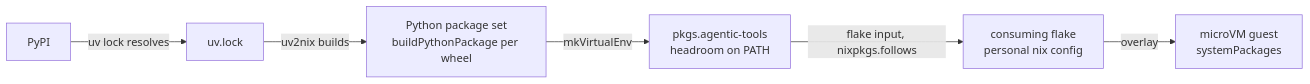
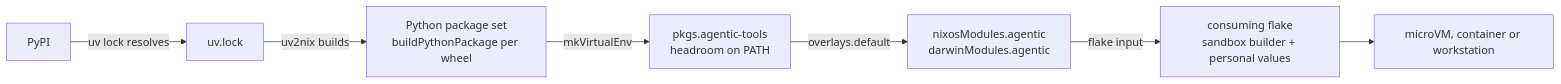
The diagram in docs/overview.md (Teebor-Choka/agent-env), drawn with Mermaid before and after one commit. The commit also changed other lines of this file and 30 other files, not shown here.

First line of the commit message:
feat(modules): own the agentic environment (harness modules, overlay, plugin delivery) (#4)

````diff
--- a/docs/overview.md
+++ b/docs/overview.md
@@ -51,8 +58,9 @@
 ```mermaid
 flowchart LR
     pypi[PyPI] -->|uv lock resolves| lock[uv.lock]
     lock -->|uv2nix builds| pyset[Python package set<br/>buildPythonPackage per wheel]
     pyset -->|mkVirtualEnv| tools[pkgs.agentic-tools<br/>headroom on PATH]
-    tools -->|flake input, nixpkgs.follows| consumer[consuming flake<br/>personal nix config]
-    consumer -->|overlay| guest[microVM guest<br/>systemPackages]
+    tools -->|overlays.default| env[nixosModules.agentic<br/>darwinModules.agentic]
+    env -->|flake input| consumer[consuming flake<br/>sandbox builder + personal values]
+    consumer --> guest[microVM, container or workstation]
 ```
````
